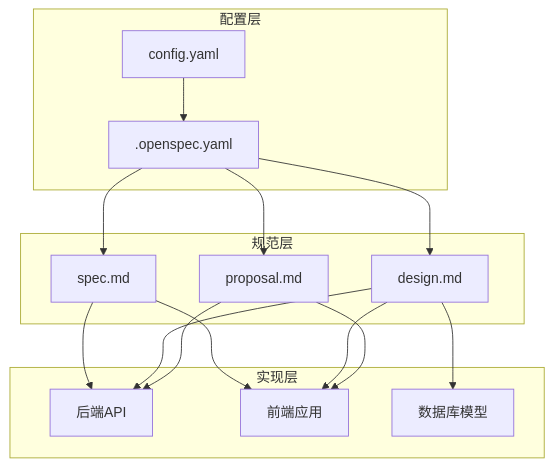
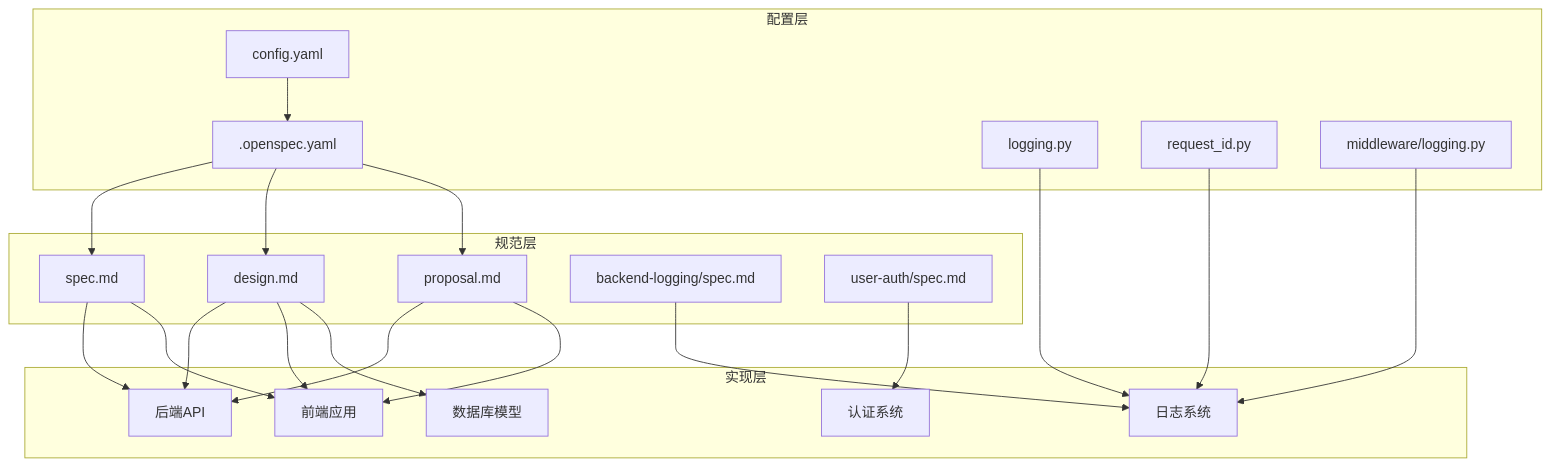
Before and after one commit to selectzhangyuan/AI-photo-coach: the third of 5 diagrams in .qoder/repowiki/zh/content/扩展和定制/OpenSpec变更管理.md, drawn with Mermaid. The commit also changed other lines of this file and 16 other files, not shown here.

````diff
--- a/.qoder/repowiki/zh/content/扩展和定制/OpenSpec变更管理.md
+++ b/.qoder/repowiki/zh/content/扩展和定制/OpenSpec变更管理.md
@@ -233,28 +275,40 @@
 ```mermaid
 graph TD
 subgraph "规范层"
 A[spec.md]
 B[design.md]
 C[proposal.md]
+D[backend-logging/spec.md]
+E[user-auth/spec.md]
 end
 subgraph "实现层"
-D[后端API]
-E[前端应用]
-F[数据库模型]
+F[后端API]
+G[前端应用]
+H[数据库模型]
+I[日志系统]
+J[认证系统]
 end
 subgraph "配置层"
-G[.openspec.yaml]
-H[config.yaml]
+K[.openspec.yaml]
+L[config.yaml]
+M[logging.py]
+N[request_id.py]
+O[middleware/logging.py]
 end
-A --> D
-A --> E
-B --> D
-B --> E
+A --> F
+A --> G
 B --> F
-C --> D
-C --> E
-G --> A
-G --> B
-G --> C
-H --> G
+B --> G
+B --> H
+C --> F
+C --> G
+D --> I
+E --> J
+K --> A
+K --> B
+K --> C
+L --> K
+M --> I
+N --> I
+O --> I
 ```
````
